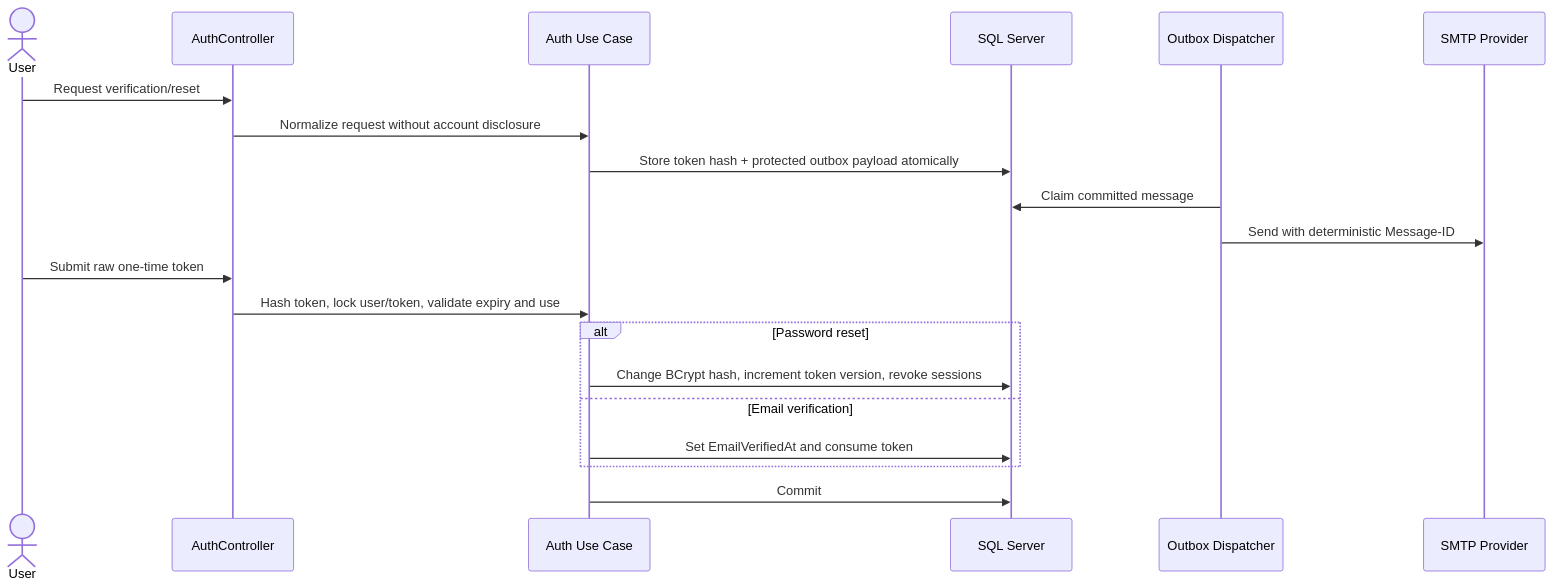
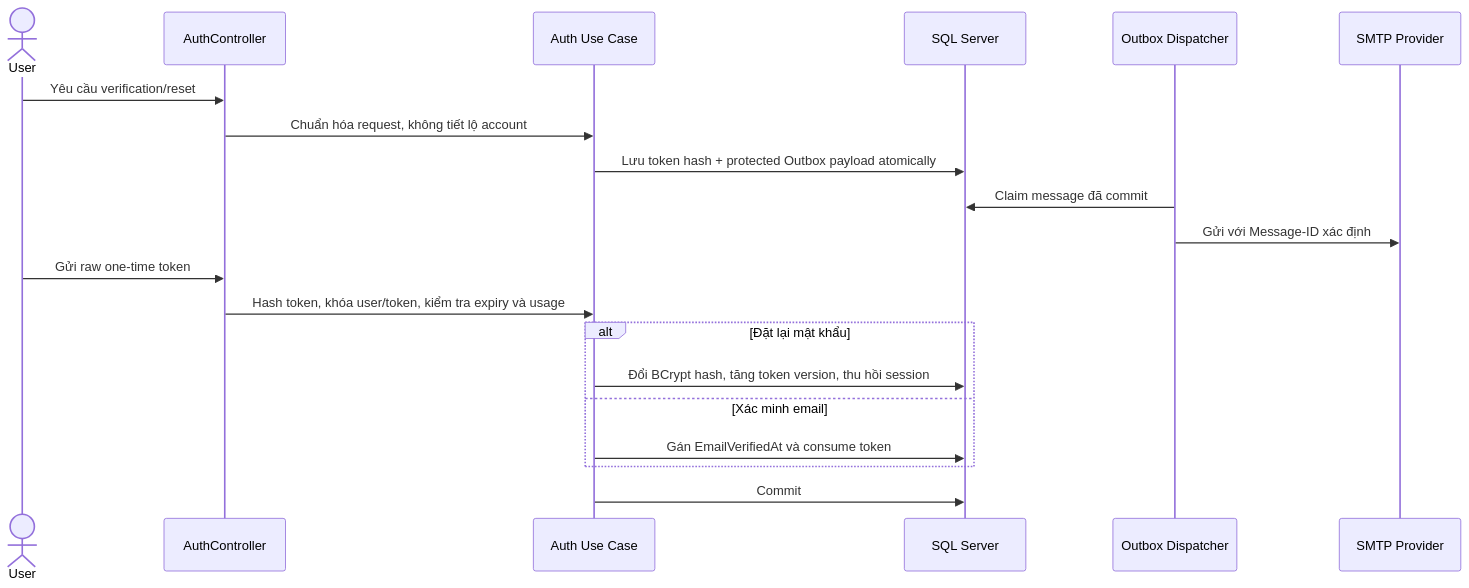
The fourth of 4 diagrams in docs/SEQUENCES.md (Giapnocap/ECommerceBackend), drawn with Mermaid before and after one commit. The commit also changed other lines of this file and 10 other files, not shown here.

````diff
--- a/docs/SEQUENCES.md
+++ b/docs/SEQUENCES.md
@@ -143,23 +143,23 @@
 ```mermaid
 sequenceDiagram
     actor User
     participant API as AuthController
     participant Auth as Auth Use Case
     participant DB as SQL Server
     participant Outbox as Outbox Dispatcher
     participant SMTP as SMTP Provider
 
-    User->>API: Request verification/reset
-    API->>Auth: Normalize request without account disclosure
-    Auth->>DB: Store token hash + protected outbox payload atomically
-    Outbox->>DB: Claim committed message
-    Outbox->>SMTP: Send with deterministic Message-ID
-    User->>API: Submit raw one-time token
-    API->>Auth: Hash token, lock user/token, validate expiry and use
-    alt Password reset
-        Auth->>DB: Change BCrypt hash, increment token version, revoke sessions
-    else Email verification
-        Auth->>DB: Set EmailVerifiedAt and consume token
+    User->>API: Yêu cầu verification/reset
+    API->>Auth: Chuẩn hóa request, không tiết lộ account
+    Auth->>DB: Lưu token hash + protected Outbox payload atomically
+    Outbox->>DB: Claim message đã commit
+    Outbox->>SMTP: Gửi với Message-ID xác định
+    User->>API: Gửi raw one-time token
+    API->>Auth: Hash token, khóa user/token, kiểm tra expiry và usage
+    alt Đặt lại mật khẩu
+        Auth->>DB: Đổi BCrypt hash, tăng token version, thu hồi session
+    else Xác minh email
+        Auth->>DB: Gán EmailVerifiedAt và consume token
     end
     Auth->>DB: Commit
 ```
````
